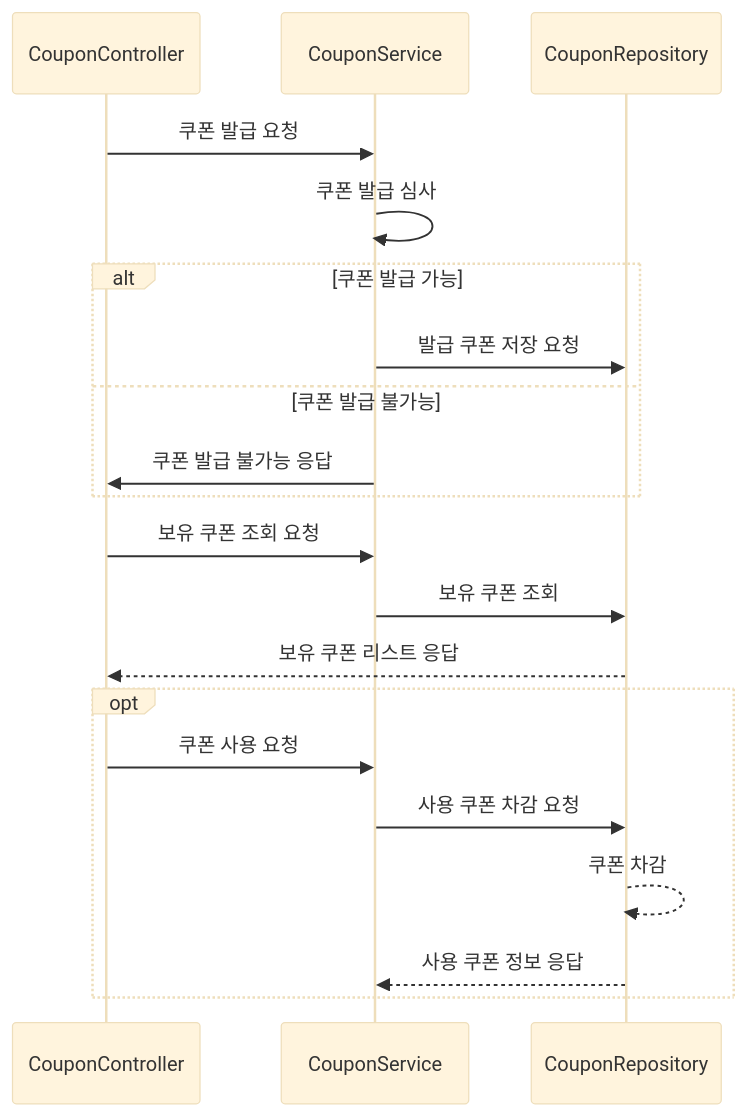
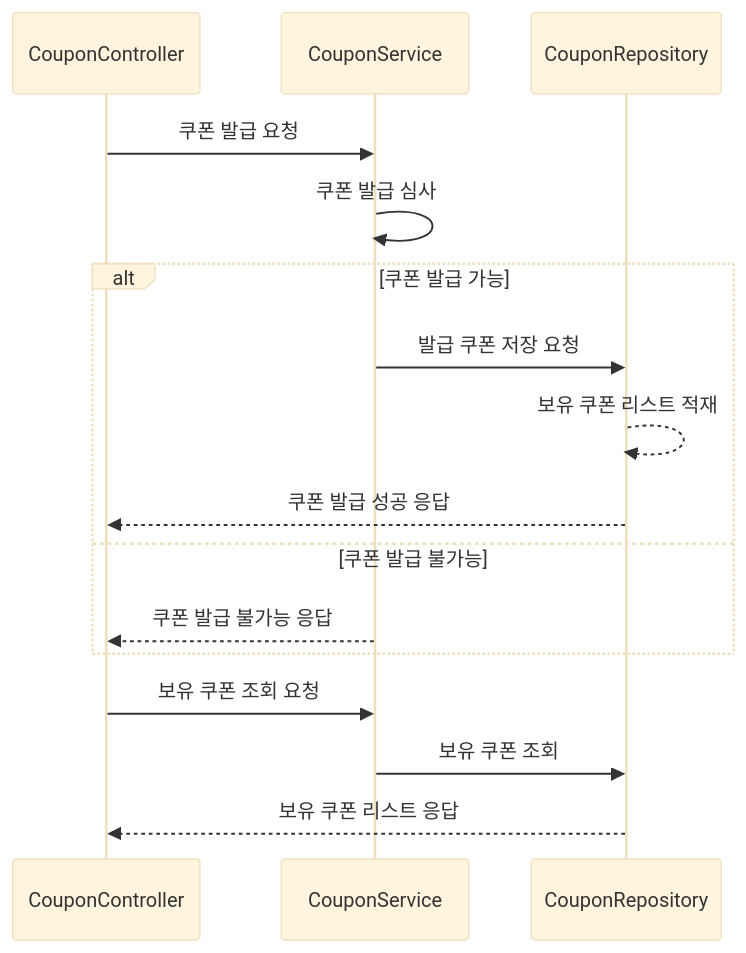
One commit to Yuram-Park/hhplus-server-java changed the second of 3 diagrams in README.md. Above: the diagram before and after it, drawn with Mermaid (base theme). The commit also changed other lines of this file and 2 other files, not shown here.

Commit message:
시퀀스 다이어그램 수정2

````diff
--- a/README.md
+++ b/README.md
@@ -56,19 +56,15 @@
 ```mermaid
 sequenceDiagram
         CouponController->>CouponService: 쿠폰 발급 요청
         CouponService->>CouponService: 쿠폰 발급 심사
         alt 쿠폰 발급 가능
             CouponService->>CouponRepository: 발급 쿠폰 저장 요청
+            CouponRepository-->>CouponRepository: 보유 쿠폰 리스트 적재
+            CouponRepository-->>CouponController: 쿠폰 발급 성공 응답
         else 쿠폰 발급 불가능
-            CouponService->>CouponController: 쿠폰 발급 불가능 응답
+            CouponService-->>CouponController: 쿠폰 발급 불가능 응답
         end
         CouponController->>CouponService: 보유 쿠폰 조회 요청
         CouponService->>CouponRepository: 보유 쿠폰 조회
         CouponRepository-->>CouponController: 보유 쿠폰 리스트 응답
-        opt
-            CouponController->>CouponService: 쿠폰 사용 요청
-            CouponService->>CouponRepository: 사용 쿠폰 차감 요청
-            CouponRepository-->>CouponRepository: 쿠폰 차감
-            CouponRepository-->>CouponService: 사용 쿠폰 정보 응답
-        end
 ```
````
